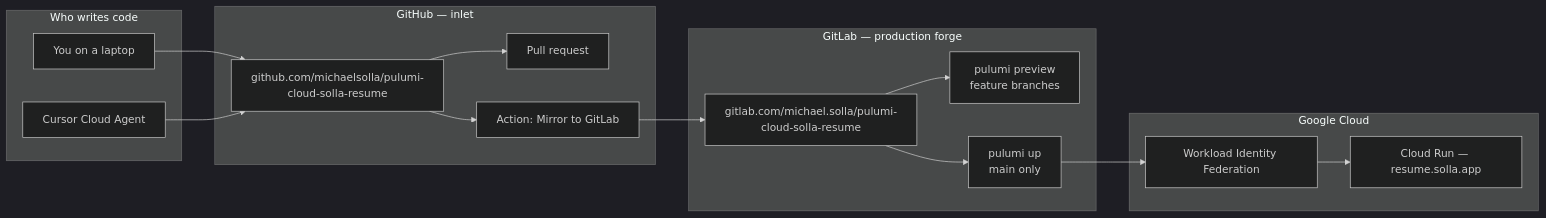
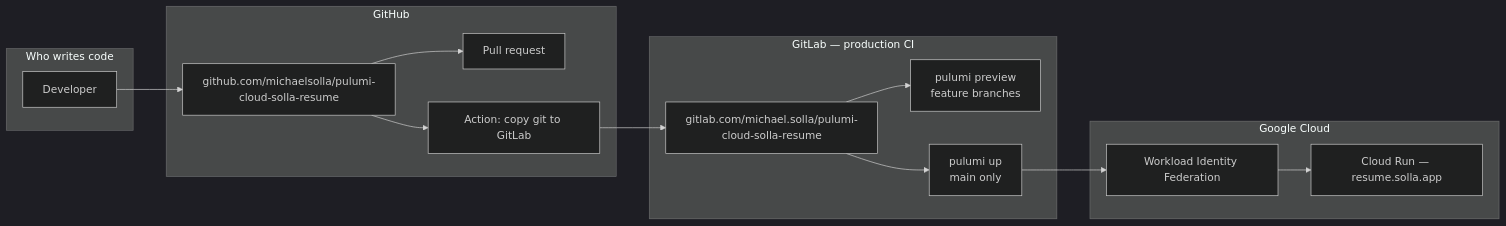
One commit to michaelsolla/pulumi-cloud-solla-resume changed the first of 3 diagrams in docs/FORGES.md. Above: the diagram before and after it, drawn with Mermaid (dark theme). The commit also changed other lines of this file and 13 other files, not shown here.

````diff
--- a/docs/FORGES.md
+++ b/docs/FORGES.md
@@ -12,34 +12,32 @@
 ```mermaid
 flowchart LR
   subgraph people [Who writes code]
-    Human[You on a laptop]
-    Agent[Cursor Cloud Agent]
+    Dev[Developer]
   end
 
-  subgraph github [GitHub — inlet]
+  subgraph github [GitHub]
     GHRepo[github.com/michaelsolla/pulumi-cloud-solla-resume]
     GHPR[Pull request]
-    Mirror[Action: Mirror to GitLab]
+    Copy[Action: copy git to GitLab]
   end
 
-  subgraph gitlab [GitLab — production forge]
+  subgraph gitlab [GitLab — production CI]
     GLRepo[gitlab.com/michael.solla/pulumi-cloud-solla-resume]
     Preview["pulumi preview<br/>feature branches"]
     Deploy["pulumi up<br/>main only"]
   end
 
   subgraph gcp [Google Cloud]
     WIF[Workload Identity Federation]
     CR[Cloud Run — resume.solla.app]
   end
 
-  Human --> GHRepo
-  Agent --> GHRepo
+  Dev --> GHRepo
   GHRepo --> GHPR
-  GHRepo --> Mirror
-  Mirror --> GLRepo
+  GHRepo --> Copy
+  Copy --> GLRepo
   GLRepo --> Preview
   GLRepo --> Deploy
   Deploy --> WIF
   WIF --> CR
 ```
````
